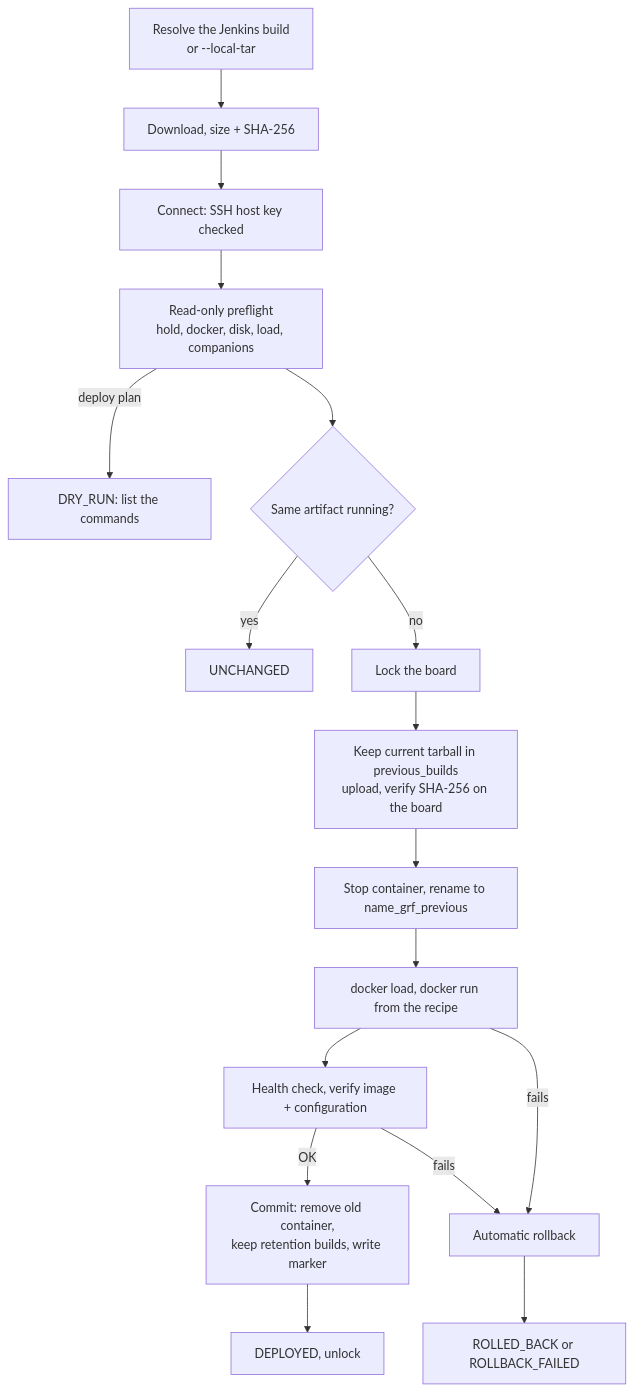
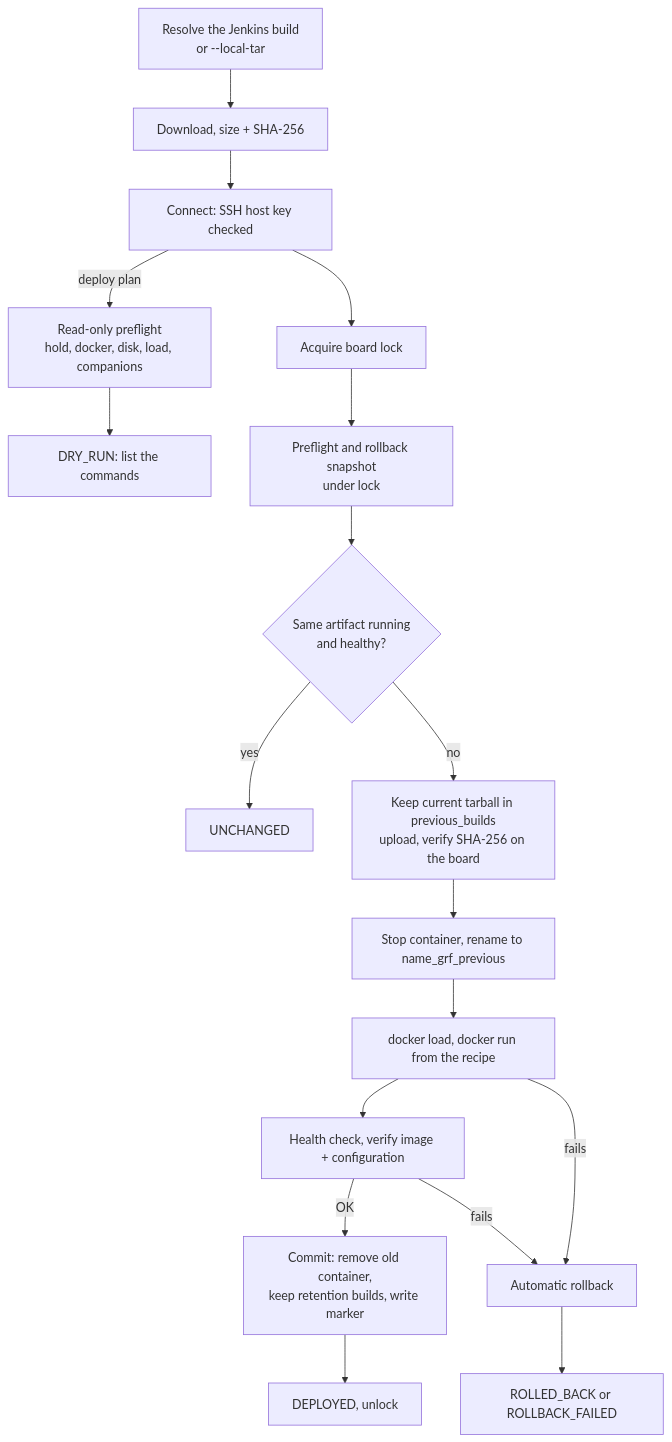
The diagram in docs/DEPLOYMENT.md (ionut2026/AI-TestBench), drawn with Mermaid before and after one commit. The commit also changed other lines of this file and 5 other files, not shown here.

````diff
--- a/docs/DEPLOYMENT.md
+++ b/docs/DEPLOYMENT.md
@@ -44,19 +44,20 @@
 ```mermaid
 flowchart TD
   A[Resolve the Jenkins build<br/>or --local-tar] --> B[Download, size + SHA-256]
   B --> C[Connect: SSH host key checked]
-  C --> D[Read-only preflight<br/>hold, docker, disk, load, companions]
-  D -->|deploy plan| P[DRY_RUN: list the commands]
-  D --> E{Same artifact running?}
+  C -->|deploy plan| D[Read-only preflight<br/>hold, docker, disk, load, companions]
+  D --> P[DRY_RUN: list the commands]
+  C --> L[Acquire board lock]
+  L --> F[Preflight and rollback snapshot<br/>under lock]
+  F --> E{Same artifact running<br/>and healthy?}
   E -->|yes| U[UNCHANGED]
-  E -->|no| F[Lock the board]
-  F --> G[Keep current tarball in previous_builds<br/>upload, verify SHA-256 on the board]
+  E -->|no| G[Keep current tarball in previous_builds<br/>upload, verify SHA-256 on the board]
   G --> H[Stop container, rename to name_grf_previous]
   H --> I[docker load, docker run from the recipe]
   I --> J[Health check, verify image + configuration]
   J -->|OK| K[Commit: remove old container,<br/>keep retention builds, write marker]
-  K --> L[DEPLOYED, unlock]
+  K --> Z[DEPLOYED, unlock]
   J -->|fails| R[Automatic rollback]
   I -->|fails| R
   R --> RB[ROLLED_BACK or ROLLBACK_FAILED]
 ```
````
